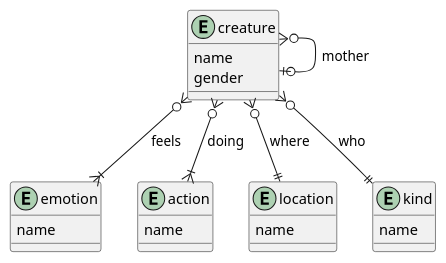
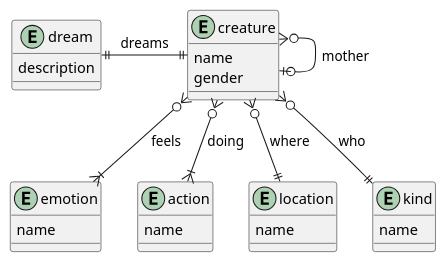
Before and after one commit to vityaman-edu/db-labs-basic: the diagram in doc/lab-1/fig/high.puml, drawn with PlantUML. The commit also changed 1 other file, not shown here.

Commit message:
[lab][1][doc] added 1:1 relationship 'dream'

```diff
--- a/doc/lab-1/fig/high.puml
+++ b/doc/lab-1/fig/high.puml
@@ -1,30 +1,37 @@
 @startuml High-level ER-Diagram
 
 entity creature {
   name
   gender
+}
+
+entity dream {
+  description
 }
 
 entity emotion {
   name
 }
 
 entity action {
   name
 }
 
 entity location {
   name
 }
 
 entity kind {
   name
 }
 
+
+
 creature }o-d-||kind : who
 creature }o-d-||location : where
 creature }o-d-|{ emotion : feels
 creature }o-d-|{ action : doing
 creature }o-d-o| creature : mother
+creature ||-l-|| dream : dreams
 
 @enduml
```
